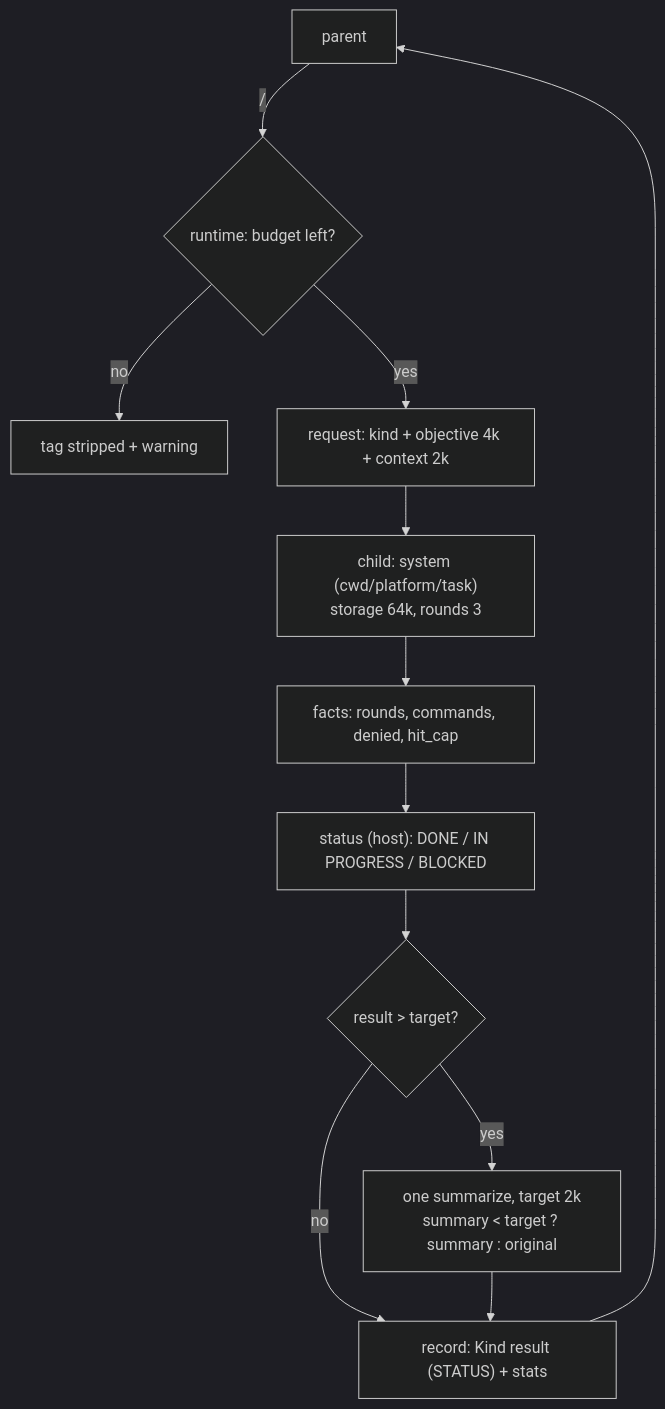
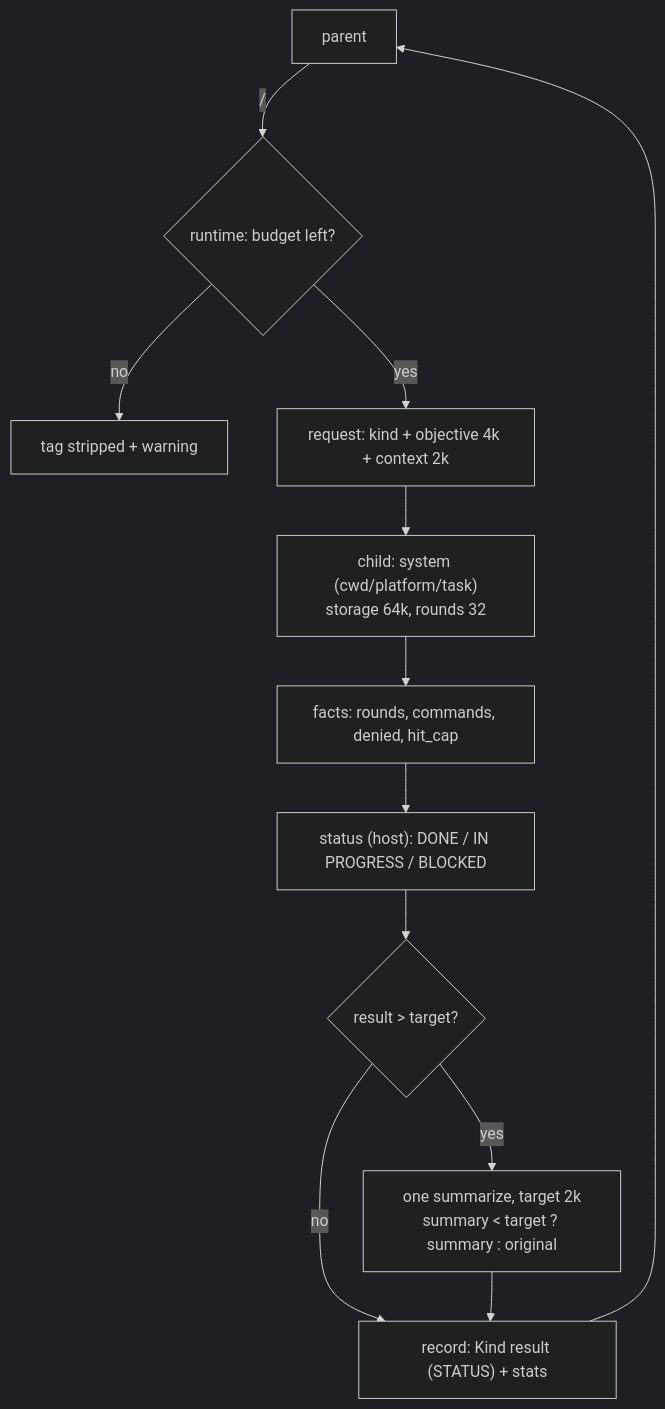
Before and after one commit to naoeosavio/Tell-ai: the diagram in docs/core/delegation.md, drawn with Mermaid (dark theme). The commit also changed other lines of this file and 6 other files, not shown here.

````diff
--- a/docs/core/delegation.md
+++ b/docs/core/delegation.md
@@ -30,14 +29,14 @@
 ```mermaid
 flowchart TD
     P[parent] -->|"<DELEGATE> / <SUBTASK>"| B{"runtime: budget left?"}
     B -- no --> W[tag stripped + warning]
     B -- yes --> R["request: kind + objective 4k + context 2k"]
-    R --> C["child: system (cwd/platform/task)<br/>storage 64k, rounds 3"]
+    R --> C["child: system (cwd/platform/task)<br/>storage 64k, rounds 32"]
     C --> F["facts: rounds, commands, denied, hit_cap"]
     F --> S["status (host): DONE / IN PROGRESS / BLOCKED"]
     S --> Z{"result > target?"}
     Z -- no --> REC["record: Kind result (STATUS) + stats"]
     Z -- yes --> SUM["one summarize, target 2k<br/>summary < target ? summary : original"]
     SUM --> REC
     REC --> P
 ```
````
